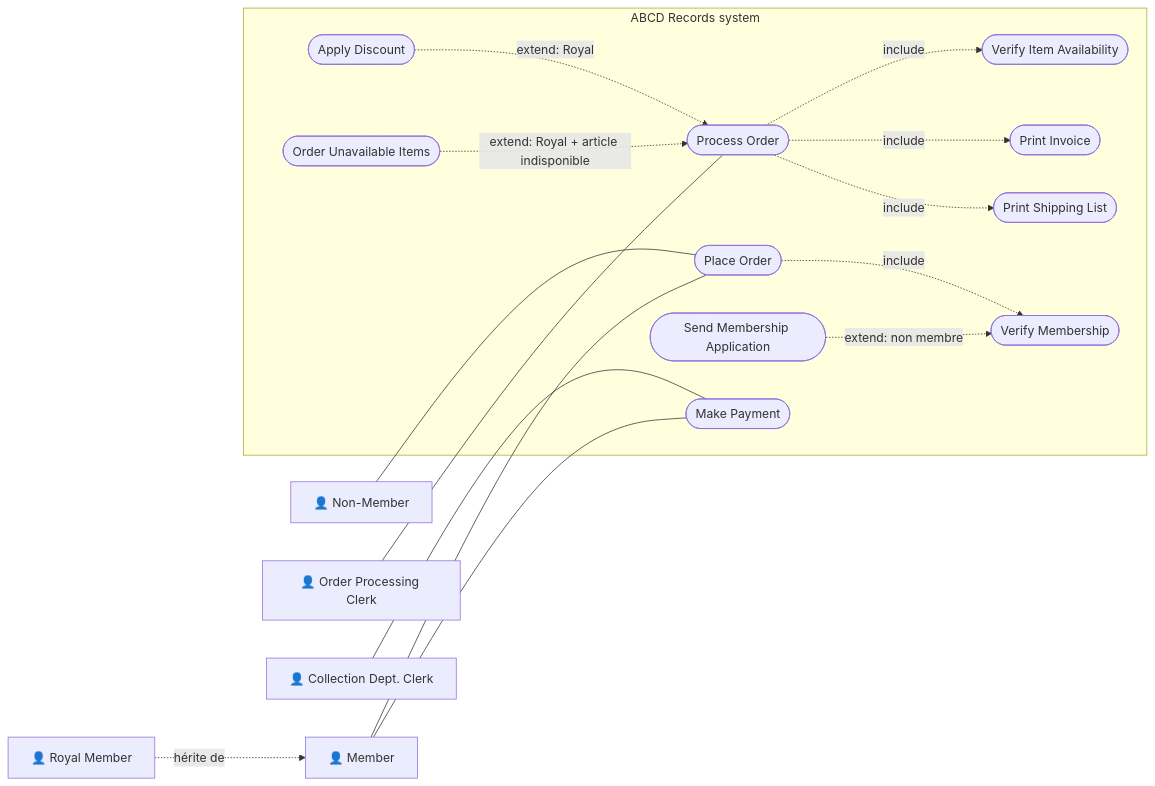
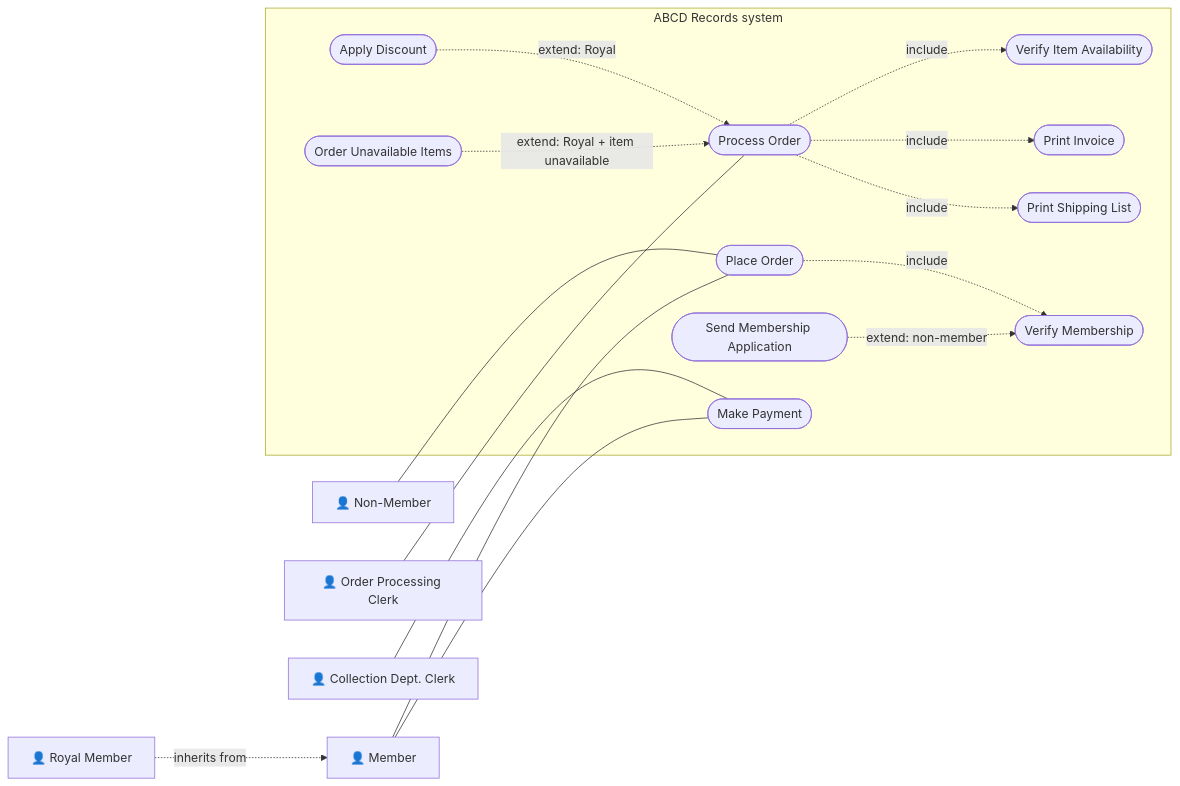
The third of 9 diagrams in 04_uml/abcd_records_uml.md (OthmanChennaoui/oop-aidams-2a-exercices), drawn with Mermaid before and after one commit. The commit also changed other lines of this file and 32 other files, not shown here.

````diff
--- a/04_uml/abcd_records_uml.md
+++ b/04_uml/abcd_records_uml.md
@@ -62,36 +61,36 @@
 ```mermaid
 flowchart LR
     M["👤 Member"]
     RM["👤 Royal Member"]
     NM["👤 Non-Member"]
     OC["👤 Order Processing Clerk"]
     CC["👤 Collection Dept. Clerk"]
 
     subgraph ABCD["ABCD Records system"]
         PO([Place Order])
         VM([Verify Membership])
         VIA([Verify Item Availability])
         PR([Process Order])
         AD([Apply Discount])
         PI([Print Invoice])
         PSL([Print Shipping List])
         OUI([Order Unavailable Items])
         SMA([Send Membership Application])
         MP([Make Payment])
     end
 
-    RM -.->|hérite de| M
+    RM -.->|inherits from| M
     M --- PO
     M --- MP
     NM --- PO
     OC --- PR
     CC --- MP
 
     PO -.->|include| VM
     PR -.->|include| VIA
     PR -.->|include| PI
     PR -.->|include| PSL
-    SMA -.->|extend: non membre| VM
+    SMA -.->|extend: non-member| VM
     AD -.->|extend: Royal| PR
-    OUI -.->|extend: Royal + article indisponible| PR
+    OUI -.->|extend: Royal + item unavailable| PR
 ```
````
